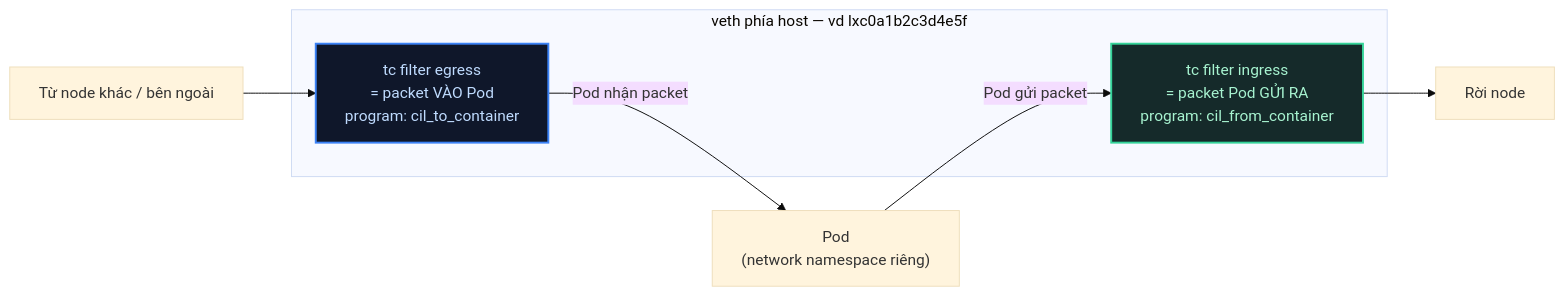
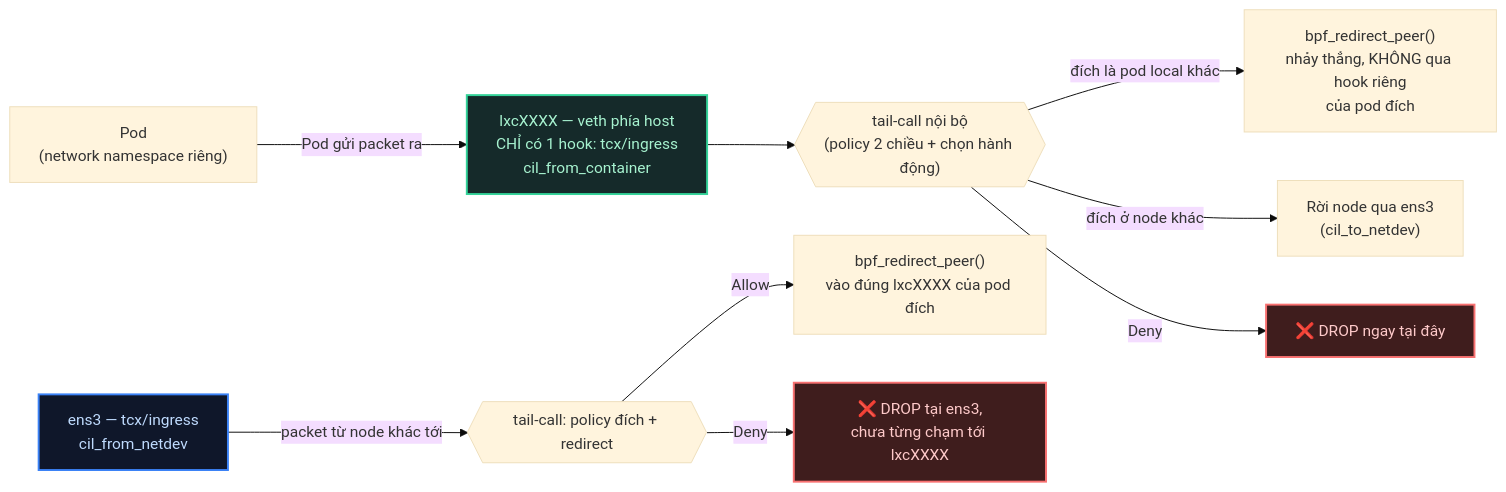
Before and after one commit to thangphan205/network-thuc-chien: the third of 5 diagrams in kubernetes-networking/k8s-lab/tap-26-ebpf-hooks/lab-guide.md, drawn with Mermaid (base theme). The commit also changed other lines of this file and 10 other files, not shown here.

````diff
--- a/kubernetes-networking/k8s-lab/tap-26-ebpf-hooks/lab-guide.md
+++ b/kubernetes-networking/k8s-lab/tap-26-ebpf-hooks/lab-guide.md
@@ -166,14 +209,20 @@
    ```mermaid
    graph LR
      POD["Pod<br/>(network namespace riêng)"]
-     subgraph veth ["veth phía host — vd lxc0a1b2c3d4e5f"]
-       ING["tc filter ingress<br/>= packet Pod GỬI RA<br/>program: cil_from_container"]
-       EGR["tc filter egress<br/>= packet VÀO Pod<br/>program: cil_to_container"]
-     end
+     LXC["lxcXXXX — veth phía host<br/>CHỈ có 1 hook: tcx/ingress<br/>cil_from_container"]
+     TAILCALL{{"tail-call nội bộ<br/>(policy 2 chiều + chọn hành động)"}}
 
-     POD -->|"Pod gửi packet"| ING --> HOST_OUT["Rời node"]
-     HOST_IN["Từ node khác / bên ngoài"] --> EGR -->|"Pod nhận packet"| POD
+     POD -->|"Pod gửi packet ra"| LXC --> TAILCALL
+     TAILCALL -->|"đích là pod local khác"| REDIRECT["bpf_redirect_peer()<br/>nhảy thẳng, KHÔNG qua hook riêng<br/>của pod đích"]
+     TAILCALL -->|"đích ở node khác"| OUT["Rời node qua ens3<br/>(cil_to_netdev)"]
+     TAILCALL -->|"Deny"| DROP["❌ DROP ngay tại đây"]
 
-     style ING fill:#152a2a,stroke:#34d399,stroke-width:2px,color:#a7f3d0
-     style EGR fill:#0f172a,stroke:#3b82f6,stroke-width:2px,color:#bfdbfe
+     NETDEV["ens3 — tcx/ingress<br/>cil_from_netdev"] -->|"packet từ node khác tới"| TAILCALL2{{"tail-call: policy đích + redirect"}}
+     TAILCALL2 -->|"Allow"| REDIRECT2["bpf_redirect_peer()<br/>vào đúng lxcXXXX của pod đích"]
+     TAILCALL2 -->|"Deny"| DROP2["❌ DROP tại ens3,<br/>chưa từng chạm tới lxcXXXX"]
+
+     style LXC fill:#152a2a,stroke:#34d399,stroke-width:2px,color:#a7f3d0
+     style NETDEV fill:#0f172a,stroke:#3b82f6,stroke-width:2px,color:#bfdbfe
+     style DROP fill:#3f1d1d,stroke:#f87171,stroke-width:2px,color:#fecaca
+     style DROP2 fill:#3f1d1d,stroke:#f87171,stroke-width:2px,color:#fecaca
    ```
````
